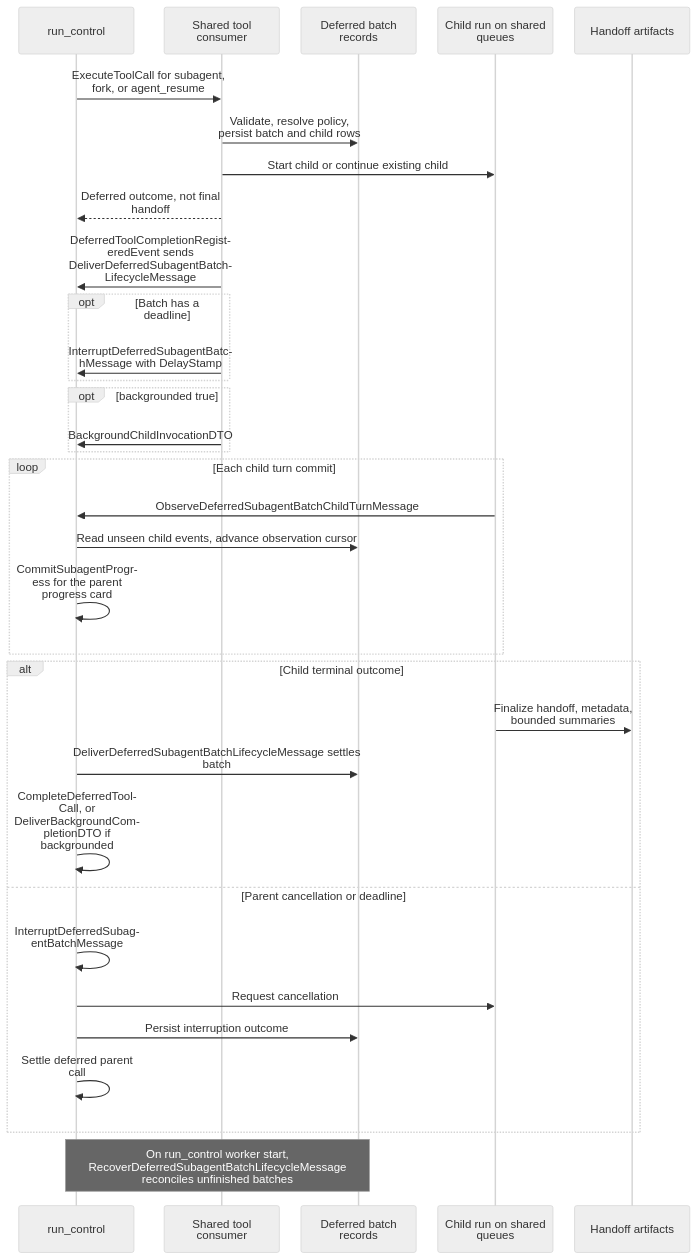
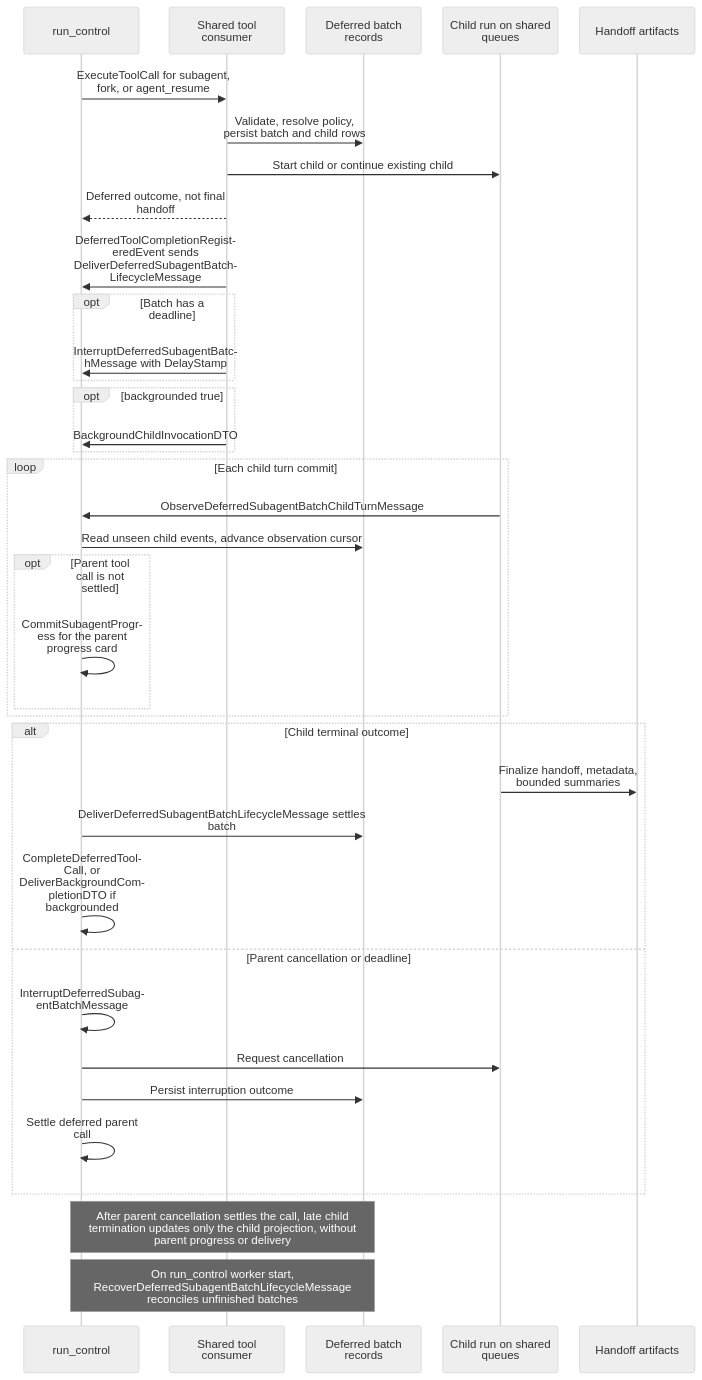
One commit to ineersa/agent-core changed the third of 5 diagrams in architecture/extensions-and-agents.md. Above: the diagram before and after it, drawn with Mermaid (neutral theme). The commit also changed 5 other files, not shown here.

Commit message:
Handle delayed cancellation observations and settled gap recovery

````diff
--- a/architecture/extensions-and-agents.md
+++ b/architecture/extensions-and-agents.md
@@ -139,37 +139,40 @@
 ```mermaid
 %%{init: {"sequence": {"wrap": true, "width": 160, "actorMargin": 30, "diagramMarginX": 10, "messageMargin": 30}}}%%
 sequenceDiagram
     participant RC as run_control
     participant Tool as Shared tool consumer
     participant Batch as Deferred batch records
     participant Child as Child run on shared queues
     participant Artifact as Handoff artifacts
 
     RC->>Tool: ExecuteToolCall for subagent, fork, or agent_resume
     Tool->>Batch: Validate, resolve policy, persist batch and child rows
     Tool->>Child: Start child or continue existing child
     Tool-->>RC: Deferred outcome, not final handoff
     Tool->>RC: DeferredToolCompletionRegisteredEvent sends DeliverDeferredSubagentBatchLifecycleMessage
     opt Batch has a deadline
         Tool->>RC: InterruptDeferredSubagentBatchMessage with DelayStamp
     end
     opt backgrounded true
         Tool->>RC: BackgroundChildInvocationDTO
     end
     loop Each child turn commit
         Child->>RC: ObserveDeferredSubagentBatchChildTurnMessage
         RC->>Batch: Read unseen child events, advance observation cursor
-        RC->>RC: CommitSubagentProgress for the parent progress card
+        opt Parent tool call is not settled
+            RC->>RC: CommitSubagentProgress for the parent progress card
+        end
     end
     alt Child terminal outcome
         Child->>Artifact: Finalize handoff, metadata, bounded summaries
         RC->>Batch: DeliverDeferredSubagentBatchLifecycleMessage settles batch
         RC->>RC: CompleteDeferredToolCall, or DeliverBackgroundCompletionDTO if backgrounded
     else Parent cancellation or deadline
         RC->>RC: InterruptDeferredSubagentBatchMessage
         RC->>Child: Request cancellation
         RC->>Batch: Persist interruption outcome
         RC->>RC: Settle deferred parent call
     end
+    Note over RC,Batch: After parent cancellation settles the call, late child termination updates only the child projection, without parent progress or delivery
     Note over RC,Batch: On run_control worker start, RecoverDeferredSubagentBatchLifecycleMessage reconciles unfinished batches
 ```
````
